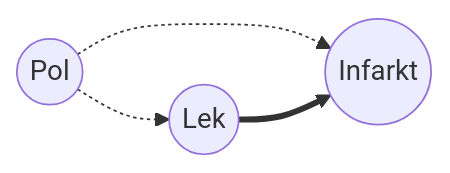
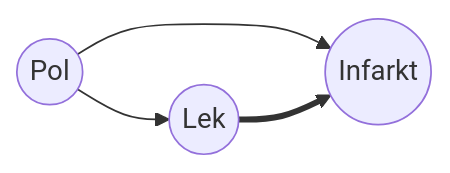
One commit to nikola-grubor/nikola-grubor.github.io changed the first of 5 diagrams in myblog/posts/sr/kauzalno-zakljucivanje/index.qmd. Above: the diagram before and after it, drawn with Mermaid. The commit also changed other lines of this file and 20 other files, not shown here.

````diff
--- a/myblog/posts/sr/kauzalno-zakljucivanje/index.qmd
+++ b/myblog/posts/sr/kauzalno-zakljucivanje/index.qmd
@@ -74,9 +197,9 @@
 ```{mermaid}
 %%| label: fig-backdoor
 %%| fig-cap: "Something."
 
 flowchart LR
-  Z((Pol)) -.-> X & Y
+  Z((Pol)) --> X & Y
   X((Lek)) ==> Y((Infarkt))
   
 ```
````
